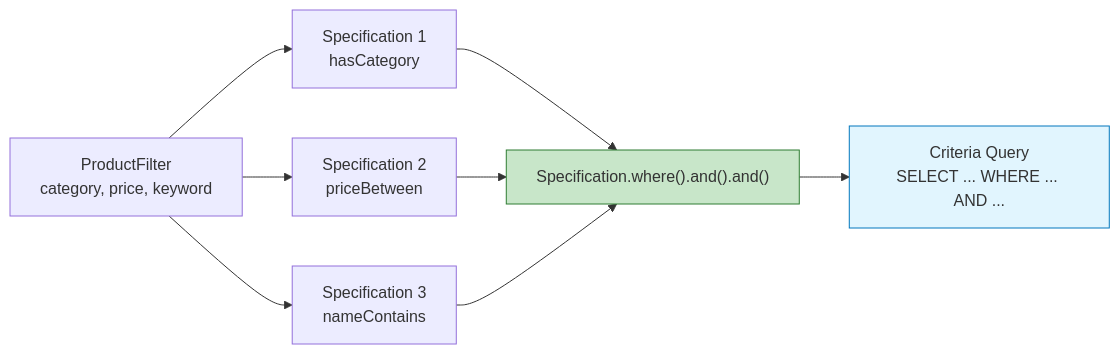
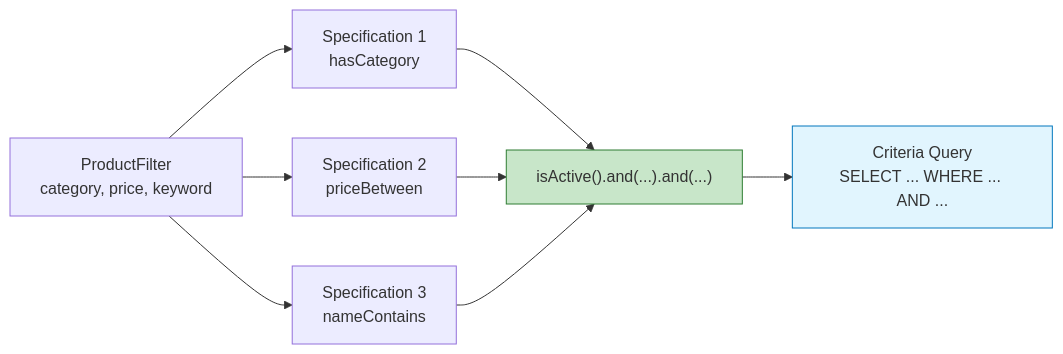
The fourth of 8 diagrams in cheatsheets/interview/frameworks/spring/spring-data-jpa-interview.md (akeverus/cheat-sheet), drawn with Mermaid before and after one commit. The commit also changed other lines of this file and 2 other files, not shown here.

Commit message:
docs(interview): refine JPA specification filtering

````diff
--- a/cheatsheets/interview/frameworks/spring/spring-data-jpa-interview.md
+++ b/cheatsheets/interview/frameworks/spring/spring-data-jpa-interview.md
@@ -1008,13 +1010,13 @@
 ```mermaid
 graph LR
     F["ProductFilter<br/>category, price, keyword"] --> S1["Specification 1<br/>hasCategory"]
     F --> S2["Specification 2<br/>priceBetween"]
     F --> S3["Specification 3<br/>nameContains"]
-    S1 --> AND["Specification.where().and().and()"]
+    S1 --> AND["isActive().and(...).and(...)"]
     S2 --> AND
     S3 --> AND
     AND --> Q["Criteria Query<br/>SELECT ... WHERE ... AND ..."]
 
     style AND fill:#c8e6c9,stroke:#2e7d32
     style Q fill:#e1f5fe,stroke:#0277bd
 ```
````
